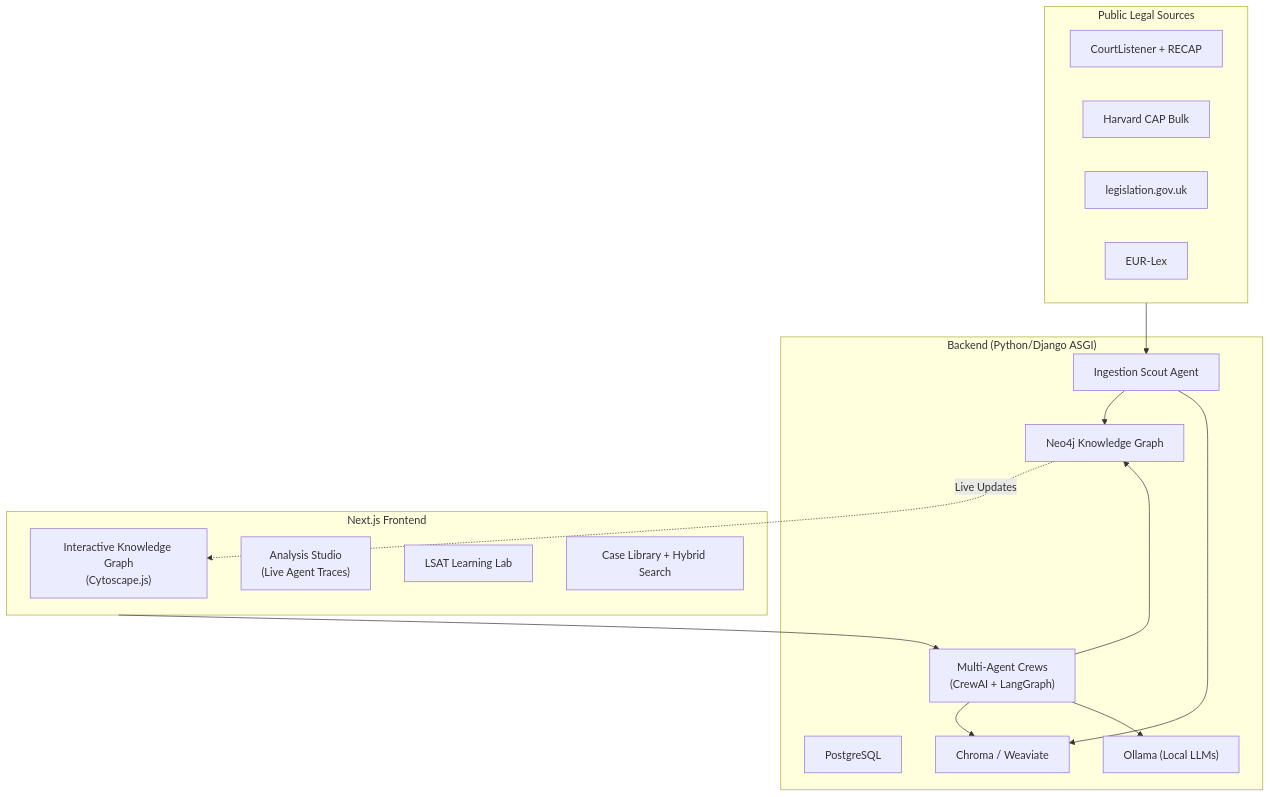
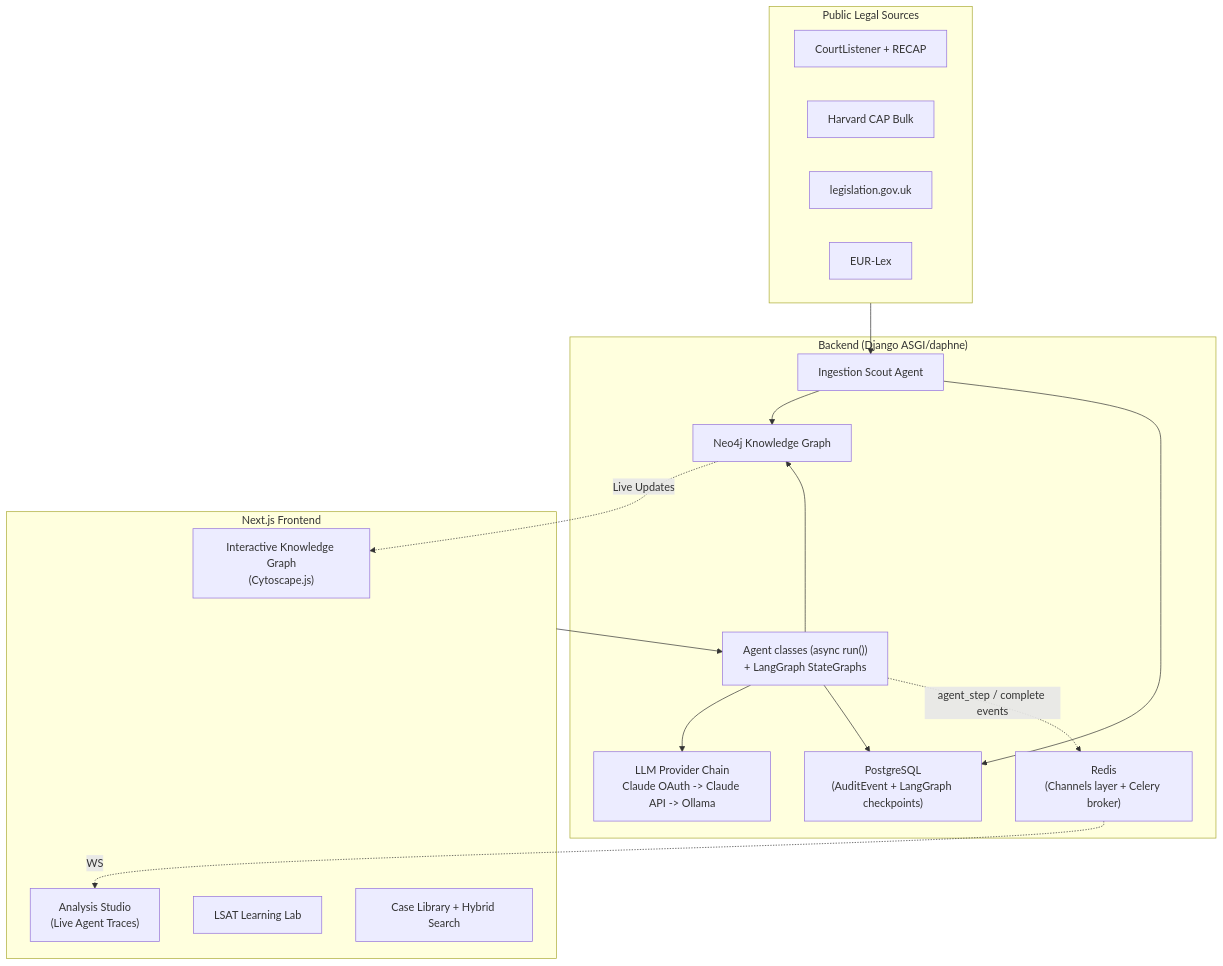
One commit to bamr87/law-ai changed the first of 2 diagrams in docs/architecture.md. Above: the diagram before and after it, drawn with Mermaid. The commit also changed other lines of this file and 76 other files, not shown here.

First line of the commit message:
feat: default product runtime to Claude, promote LangChain/LangGraph to core, refresh all documentation

````diff
--- a/docs/architecture.md
+++ b/docs/architecture.md
@@ -5,34 +5,36 @@
 ```mermaid
 flowchart TB
     subgraph Public["Public Legal Sources"]
         CL["CourtListener + RECAP"]
         CAP["Harvard CAP Bulk"]
         UK["legislation.gov.uk"]
         EU["EUR-Lex"]
     end
 
-    subgraph Backend["Backend (Python/Django ASGI)"]
+    subgraph Backend["Backend (Django ASGI/daphne)"]
         Ingestion["Ingestion Scout Agent"]
-        Agents["Multi-Agent Crews\n(CrewAI + LangGraph)"]
+        Agents["Agent classes (async run())\n+ LangGraph StateGraphs"]
+        LLMChain["LLM Provider Chain\nClaude OAuth -> Claude API -> Ollama"]
         Neo4j["Neo4j Knowledge Graph"]
-        Postgres["PostgreSQL"]
-        Vector["Chroma / Weaviate"]
-        LLM["Ollama (Local LLMs)"]
+        Postgres["PostgreSQL\n(AuditEvent + LangGraph checkpoints)"]
+        Redis["Redis\n(Channels layer + Celery broker)"]
     end
 
     subgraph Frontend["Next.js Frontend"]
         Graph["Interactive Knowledge Graph\n(Cytoscape.js)"]
         Studio["Analysis Studio\n(Live Agent Traces)"]
         LSAT["LSAT Learning Lab"]
         Library["Case Library + Hybrid Search"]
     end
 
     Public --> Ingestion
     Ingestion --> Neo4j
-    Ingestion --> Vector
+    Ingestion --> Postgres
+    Frontend --> Agents
     Agents --> Neo4j
-    Agents --> Vector
-    Agents --> LLM
-    Frontend --> Agents
+    Agents --> LLMChain
+    Agents --> Postgres
+    Agents -. "agent_step / complete events" .-> Redis
+    Redis -. WS .-> Studio
     Neo4j -. Live Updates .-> Graph
 ```
````
